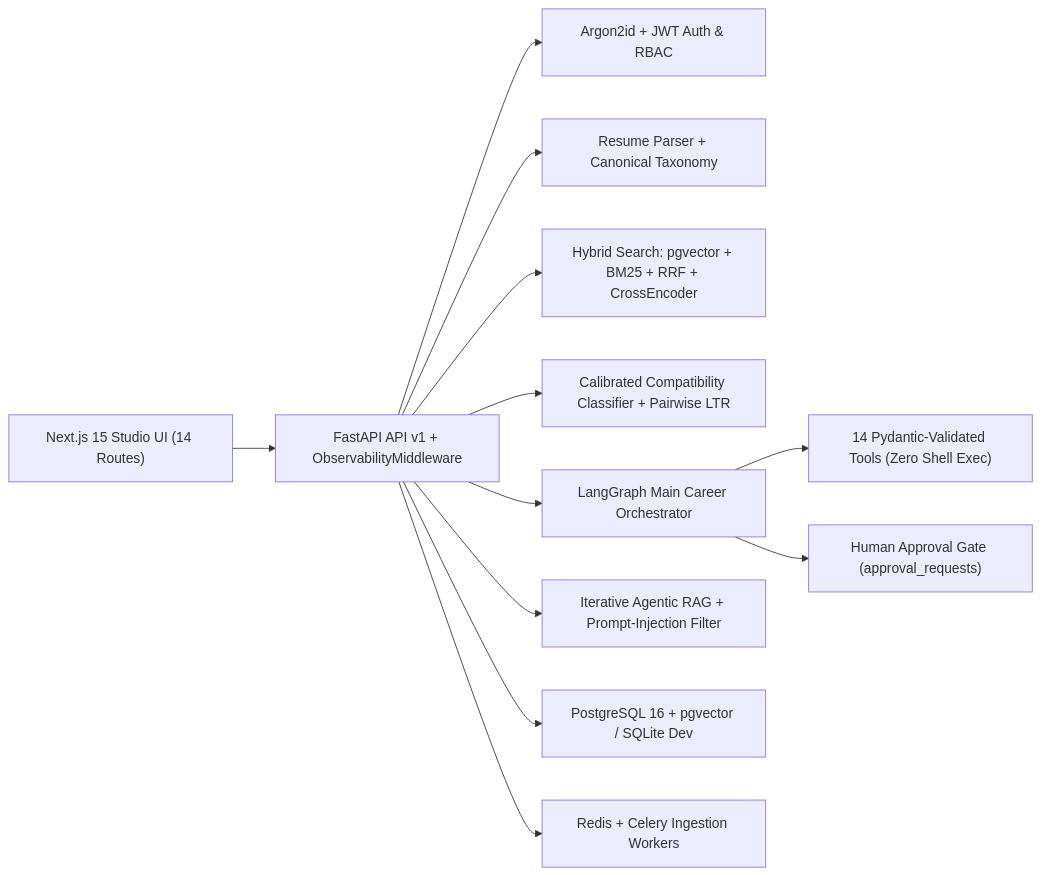
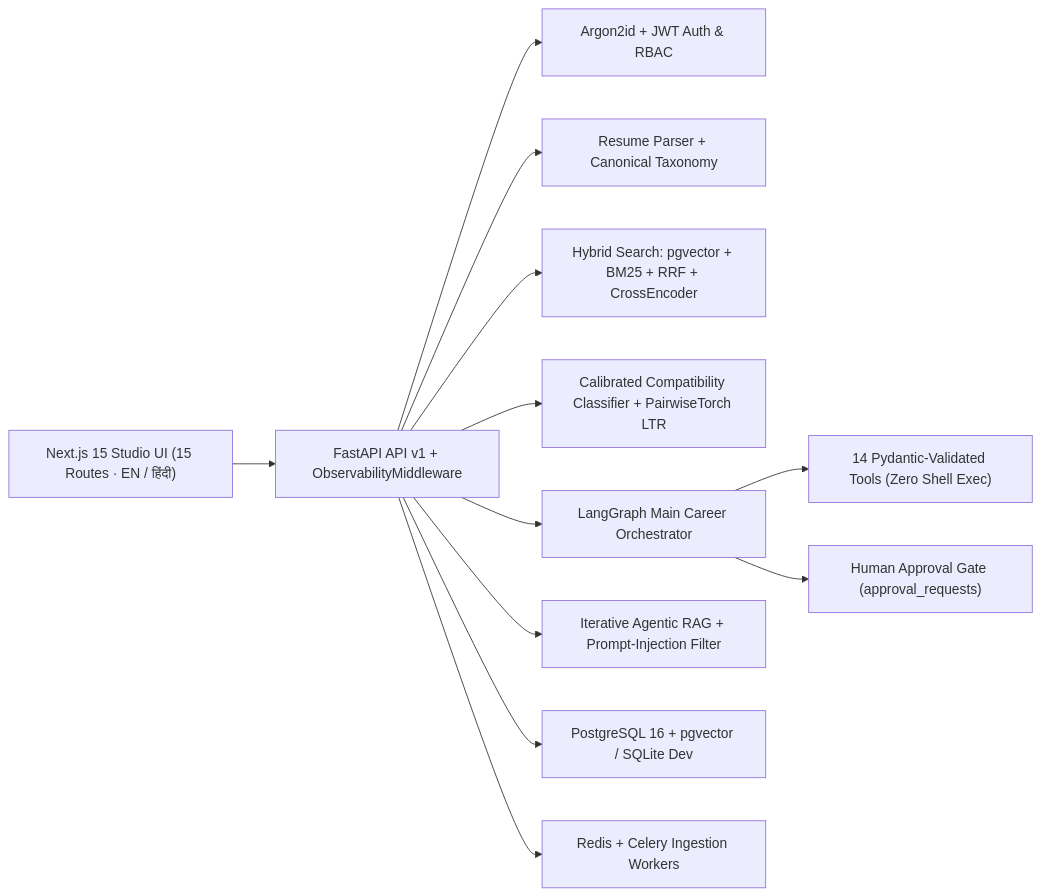
One commit to souvik082003/Medo changed the first of 4 diagrams in README.md. Above: the diagram before and after it, drawn with Mermaid. The commit also changed other lines of this file and 6 other files, not shown here.

````diff
--- a/README.md
+++ b/README.md
@@ -79,14 +96,14 @@
 ```mermaid
 flowchart LR
-  UI["Next.js 15 Studio UI (14 Routes)"] --> API["FastAPI API v1 + ObservabilityMiddleware"]
+  UI["Next.js 15 Studio UI (15 Routes · EN / हिंदी)"] --> API["FastAPI API v1 + ObservabilityMiddleware"]
   API --> Auth["Argon2id + JWT Auth & RBAC"]
   API --> Profile["Resume Parser + Canonical Taxonomy"]
   API --> Retrieval["Hybrid Search: pgvector + BM25 + RRF + CrossEncoder"]
-  API --> Ranking["Calibrated Compatibility Classifier + Pairwise LTR"]
+  API --> Ranking["Calibrated Compatibility Classifier + PairwiseTorch LTR"]
   API --> Agents["LangGraph Main Career Orchestrator"]
   API --> RAG["Iterative Agentic RAG + Prompt-Injection Filter"]
   Agents --> Tools["14 Pydantic-Validated Tools (Zero Shell Exec)"]
   Agents --> Approval["Human Approval Gate (approval_requests)"]
   API --> PG["PostgreSQL 16 + pgvector / SQLite Dev"]
   API --> Redis["Redis + Celery Ingestion Workers"]
 ```
````
